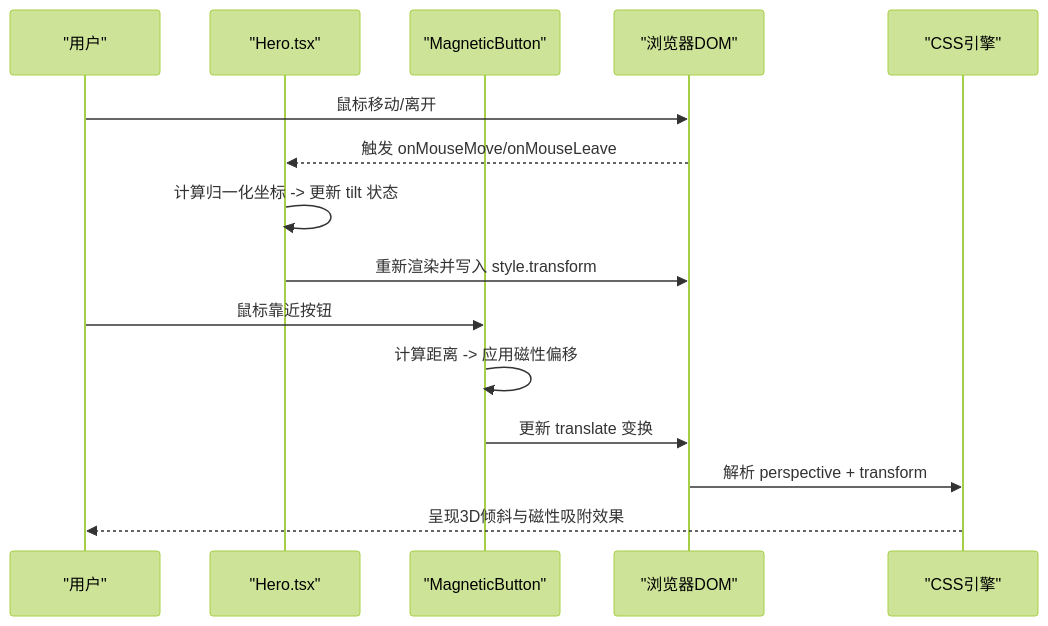
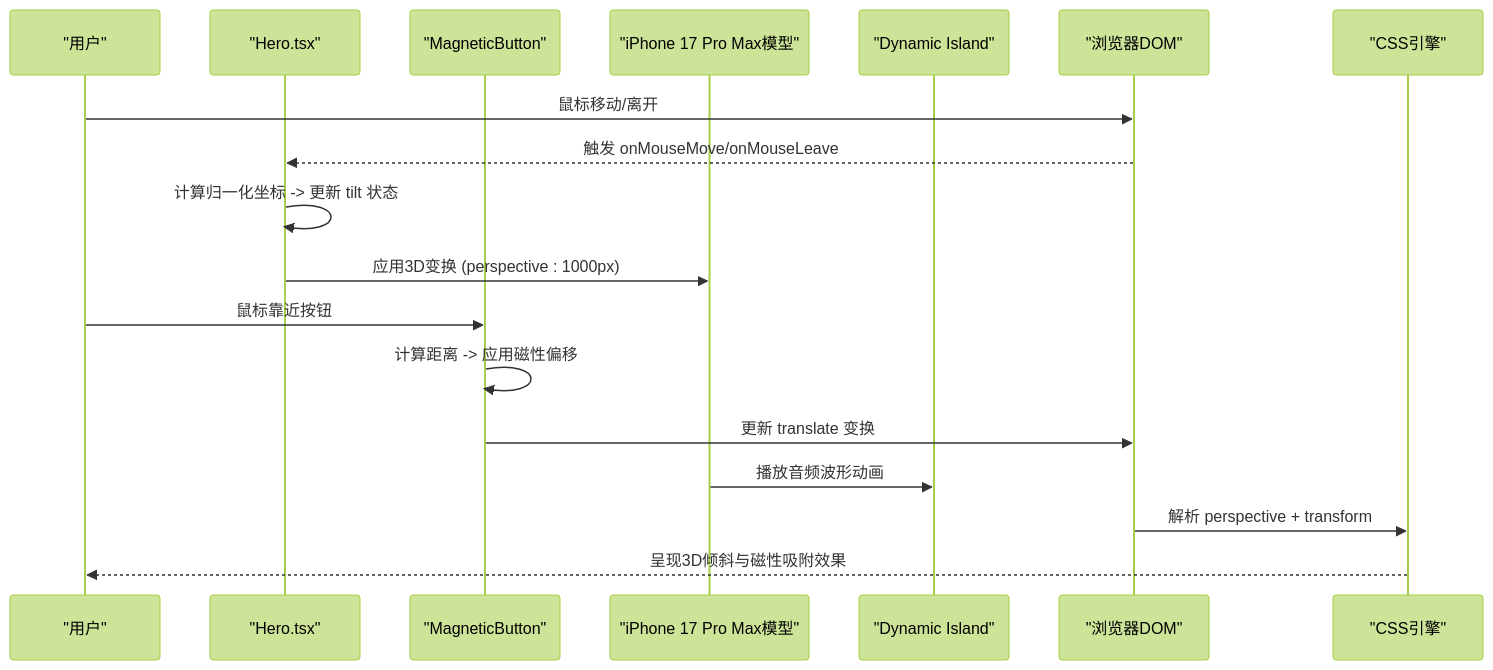
The second of 5 diagrams in .qoder/repowiki/zh/content/架构设计/组件架构/页面组件/Hero组件.md (Primoguo/naolizhi.cn), drawn with Mermaid (forest theme) before and after one commit. The commit also changed other lines of this file and 23 other files, not shown here.

````diff
--- a/.qoder/repowiki/zh/content/架构设计/组件架构/页面组件/Hero组件.md
+++ b/.qoder/repowiki/zh/content/架构设计/组件架构/页面组件/Hero组件.md
@@ -70,17 +73,20 @@
 ```mermaid
 sequenceDiagram
 participant User as "用户"
 participant Hero as "Hero.tsx"
 participant MagneticBtn as "MagneticButton"
+participant iPhone as "iPhone 17 Pro Max模型"
+participant DynamicIsland as "Dynamic Island"
 participant DOM as "浏览器DOM"
 participant CSS as "CSS引擎"
 User->>DOM : 鼠标移动/离开
 DOM-->>Hero : 触发 onMouseMove/onMouseLeave
 Hero->>Hero : 计算归一化坐标 -> 更新 tilt 状态
-Hero->>DOM : 重新渲染并写入 style.transform
+Hero->>iPhone : 应用3D变换 (perspective : 1000px)
 User->>MagneticBtn : 鼠标靠近按钮
 MagneticBtn->>MagneticBtn : 计算距离 -> 应用磁性偏移
 MagneticBtn->>DOM : 更新 translate 变换
+iPhone->>DynamicIsland : 播放音频波形动画
 DOM->>CSS : 解析 perspective + transform
 CSS-->>User : 呈现3D倾斜与磁性吸附效果
 ```
````
